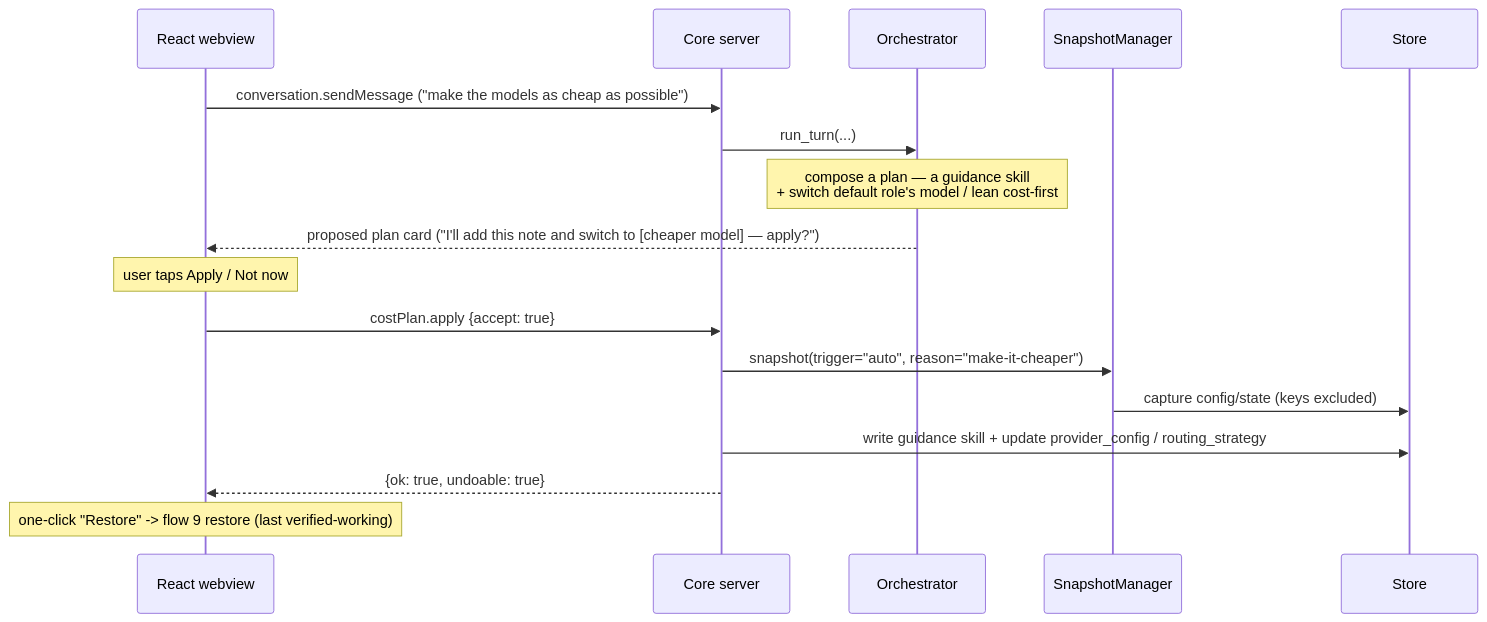
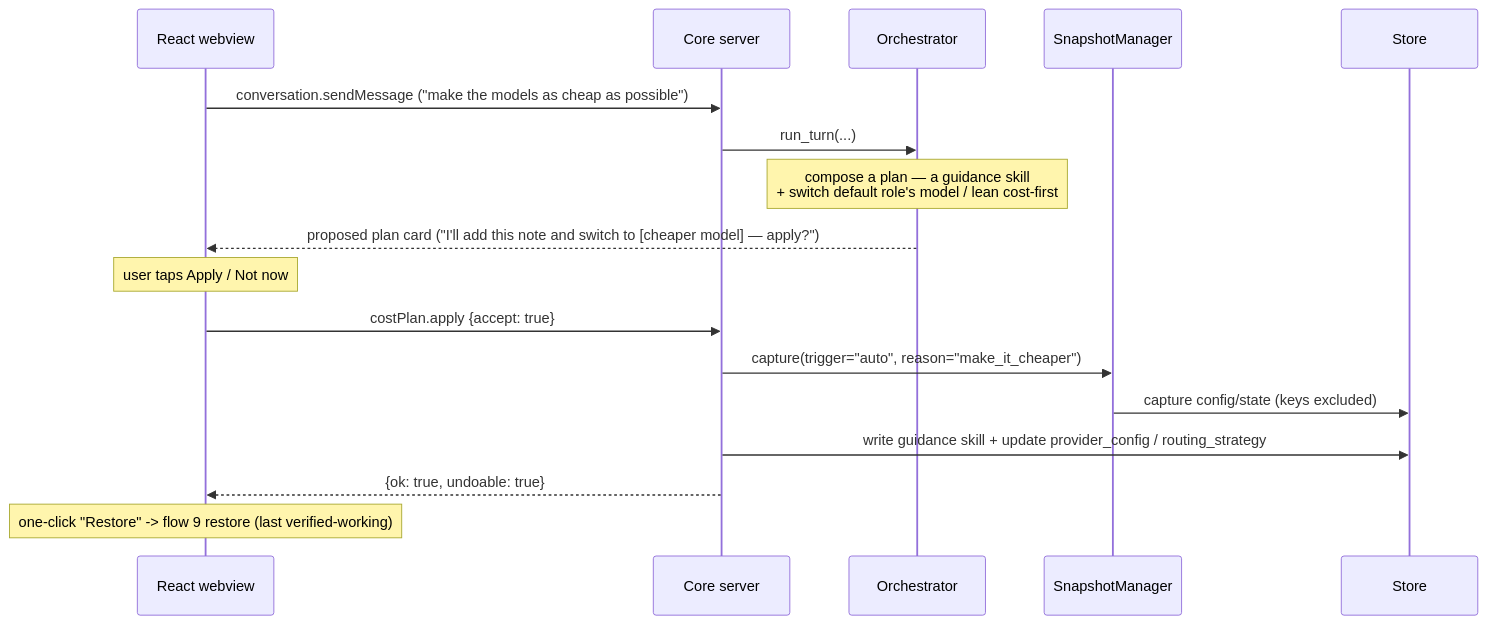
Before and after one commit to N041M/Addison: the tenth of 15 diagrams in docs/flows.md, drawn with Mermaid. The commit also changed other lines of this file and 47 other files, not shown here.

````diff
--- a/docs/flows.md
+++ b/docs/flows.md
@@ -336,20 +363,20 @@
 ```mermaid
 sequenceDiagram
     participant WV as React webview
     participant SRV as Core server
     participant ORC as Orchestrator
     participant SM as SnapshotManager
     participant ST as Store
 
     WV->>SRV: conversation.sendMessage ("make the models as cheap as possible")
     SRV->>ORC: run_turn(...)
     Note over ORC: compose a plan — a guidance skill<br/>+ switch default role's model / lean cost-first
     ORC-->>WV: proposed plan card ("I'll add this note and switch to [cheaper model] — apply?")
     Note over WV: user taps Apply / Not now
     WV->>SRV: costPlan.apply {accept: true}
-    SRV->>SM: snapshot(trigger="auto", reason="make-it-cheaper")
+    SRV->>SM: capture(trigger="auto", reason="make_it_cheaper")
     SM->>ST: capture config/state (keys excluded)
     SRV->>ST: write guidance skill + update provider_config / routing_strategy
     SRV-->>WV: {ok: true, undoable: true}
     Note over WV: one-click "Restore" -> flow 9 restore (last verified-working)
 ```
````
